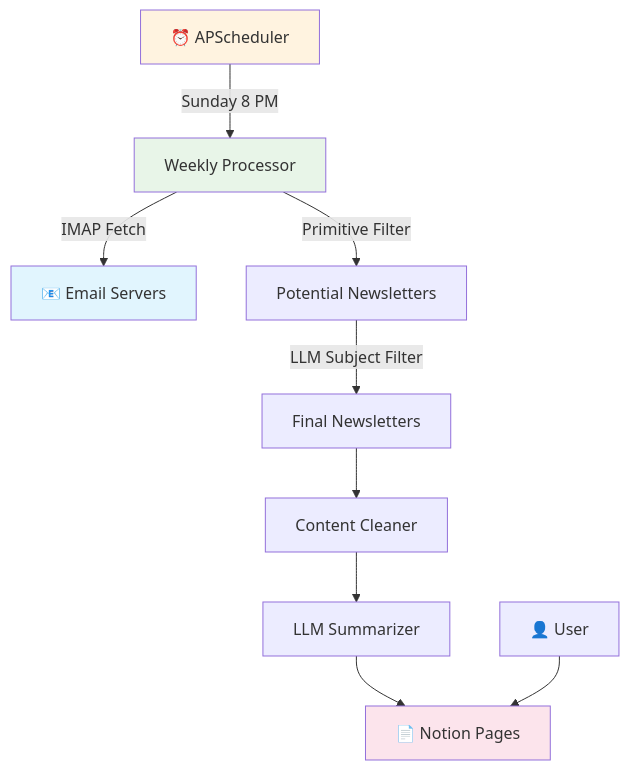
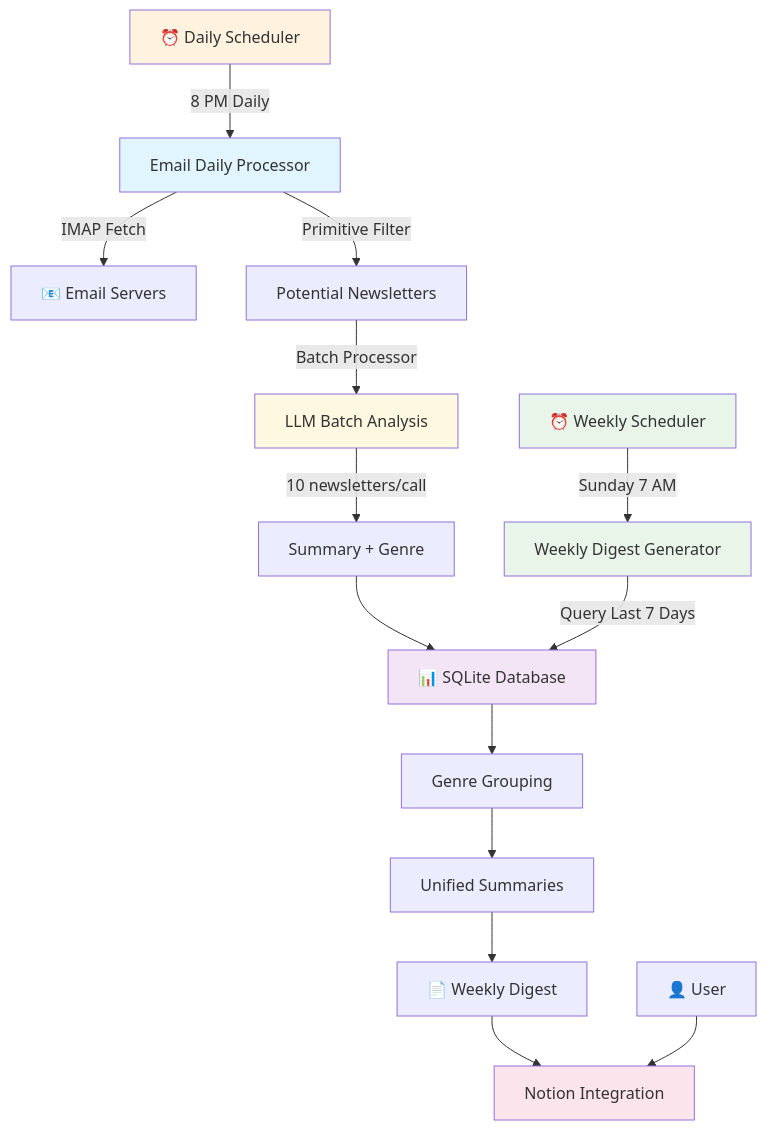
One commit to samz905/newsletter-gpt changed the diagram in MIGRATION_PLAN.md. Above: the diagram before and after it, drawn with Mermaid. The commit also changed other lines of this file and 1 other file, not shown here.

````diff
--- a/MIGRATION_PLAN.md
+++ b/MIGRATION_PLAN.md
@@ -11,18 +11,27 @@
 ```mermaid
 graph TD
-    A[⏰ APScheduler] -->|Sunday 8 PM| B[Weekly Processor]
+    A[⏰ Daily Scheduler] -->|8 PM Daily| B[Email Daily Processor]
+    C[⏰ Weekly Scheduler] -->|Sunday 7 AM| D[Weekly Digest Generator]
     
-    B -->|IMAP Fetch| C[📧 Email Servers]
-    B -->|Primitive Filter| D[Potential Newsletters]
-    D -->|LLM Subject Filter| E[Final Newsletters]
-    E --> F[Content Cleaner]
-    F --> G[LLM Summarizer] 
-    G --> H[📄 Notion Pages]
+    B -->|IMAP Fetch| E[📧 Email Servers]
+    B -->|Primitive Filter| F[Potential Newsletters]
+    F -->|Batch Processor| G[LLM Batch Analysis]
+    G -->|10 newsletters/call| H[Summary + Genre]
+    H --> I[📊 SQLite Database]
     
-    I[👤 User] --> H
+    D -->|Query Last 7 Days| I
+    I --> J[Genre Grouping]
+    J --> K[Unified Summaries]
+    K --> L[📄 Weekly Digest]
+    L --> M[Notion Integration]
+    
+    N[👤 User] --> M
     
     style A fill:#fff3e0
-    style C fill:#e1f5fe
-    style B fill:#e8f5e8
-    style H fill:#fce4ec
+    style C fill:#e8f5e8
+    style B fill:#e1f5fe
+    style D fill:#e8f5e8
+    style I fill:#f3e5f5
+    style G fill:#fff8e1
+    style M fill:#fce4ec
 ```
````
